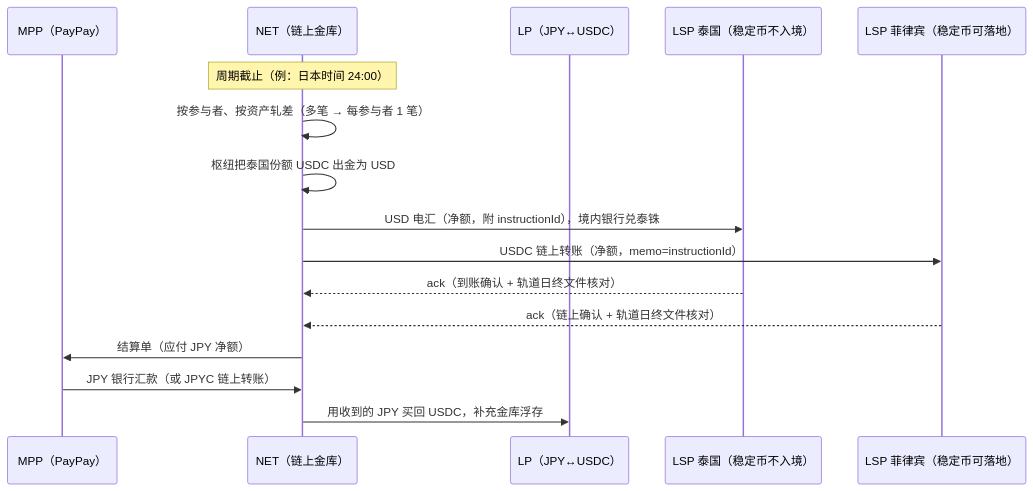
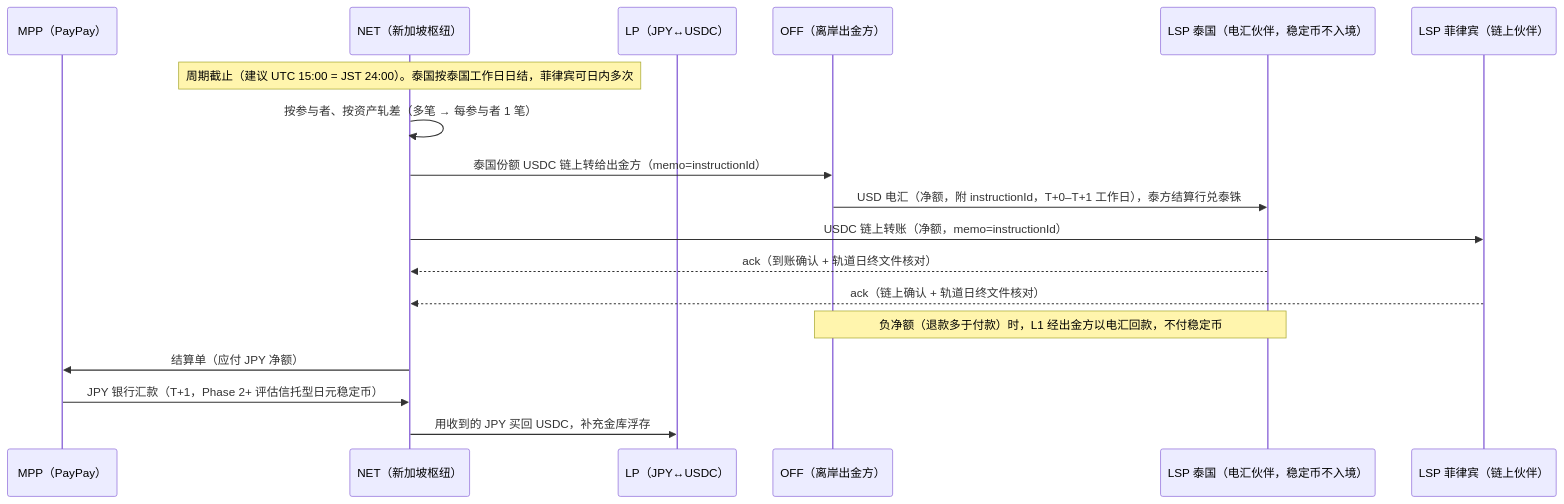
One commit to inspiryroy/roy changed the third of 3 diagrams in docs/03-payment-flows.md. Above: the diagram before and after it, drawn with Mermaid. The commit also changed other lines of this file and 12 other files, not shown here.

````diff
--- a/docs/03-payment-flows.md
+++ b/docs/03-payment-flows.md
@@ -112,18 +125,20 @@
 ```mermaid
 sequenceDiagram
     participant M as MPP（PayPay）
-    participant N as NET（链上金库）
+    participant N as NET（新加坡枢纽）
     participant LP as LP（JPY↔USDC）
-    participant L1 as LSP 泰国（稳定币不入境）
-    participant L2 as LSP 菲律宾（稳定币可落地）
-    Note over N: 周期截止（例：日本时间 24:00）
+    participant OFR as OFF（离岸出金方）
+    participant L1 as LSP 泰国（电汇伙伴，稳定币不入境）
+    participant L2 as LSP 菲律宾（链上伙伴）
+    Note over N: 周期截止（建议 UTC 15:00 = JST 24:00）。泰国按泰国工作日日结，菲律宾可日内多次
     N->>N: 按参与者、按资产轧差（多笔 → 每参与者 1 笔）
-    N->>N: 枢纽把泰国份额 USDC 出金为 USD
-    N->>L1: USD 电汇（净额，附 instructionId），境内银行兑泰铢
+    N->>OFR: 泰国份额 USDC 链上转给出金方（memo=instructionId）
+    OFR->>L1: USD 电汇（净额，附 instructionId，T+0–T+1 工作日），泰方结算行兑泰铢
     N->>L2: USDC 链上转账（净额，memo=instructionId）
     L1-->>N: ack（到账确认 + 轨道日终文件核对）
     L2-->>N: ack（链上确认 + 轨道日终文件核对）
+    Note over OFR,L1: 负净额（退款多于付款）时，L1 经出金方以电汇回款，不付稳定币
     N->>M: 结算单（应付 JPY 净额）
-    M->>N: JPY 银行汇款（或 JPYC 链上转账）
+    M->>N: JPY 银行汇款（T+1，Phase 2+ 评估信托型日元稳定币）
     N->>LP: 用收到的 JPY 买回 USDC，补充金库浮存
 ```
````
